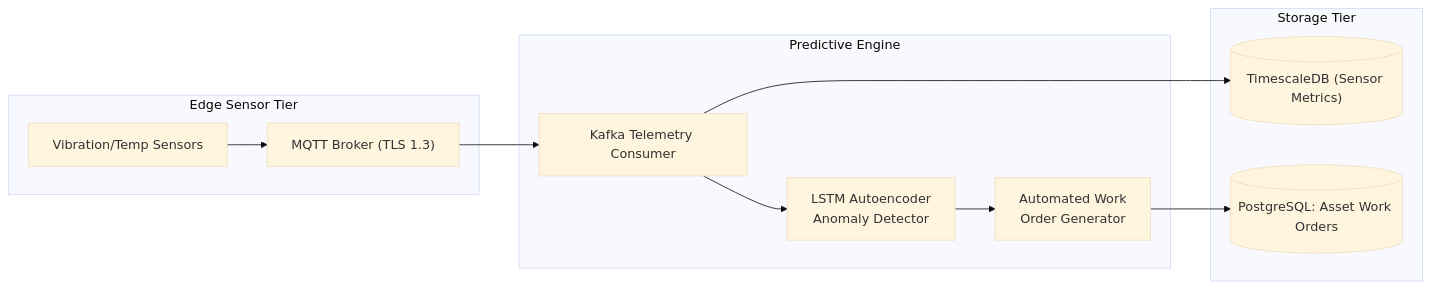
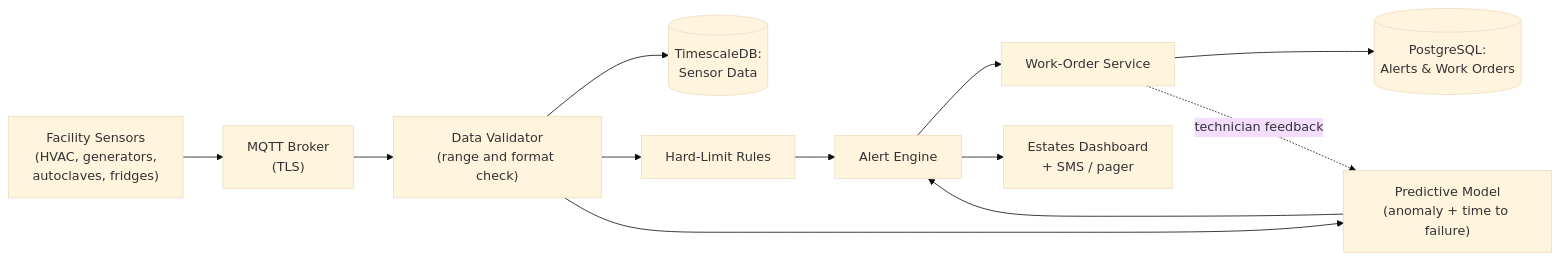
The second of 4 diagrams in 03 - Part 2 - SQA & Architectural Blocks (Individual)/2.1 - Architectural Blocks & Data Structures Guide.md (moenguyenx/COMP1833-SoftwareQualityManagement), drawn with Mermaid (base theme) before and after one commit. The commit also changed other lines of this file and 8 other files, not shown here.

First line of the commit message:
Revise F1/F2 architectural blocks and align Part 1.1 diagrams

````diff
--- a/03 - Part 2 - SQA & Architectural Blocks (Individual)/2.1 - Architectural Blocks & Data Structures Guide.md
+++ b/03 - Part 2 - SQA & Architectural Blocks (Individual)/2.1 - Architectural Blocks & Data Structures Guide.md
@@ -101,19 +131,12 @@
 ```mermaid
 flowchart LR
-    subgraph Edge ["Edge Sensor Tier"]
-        Sensor["Vibration/Temp Sensors"] --> MQTT["MQTT Broker (TLS 1.3)"]
-    end
-    subgraph Processor ["Predictive Engine"]
-        StreamConsumer["Kafka Telemetry Consumer"]
-        AnomalyDetector["LSTM Autoencoder\nAnomaly Detector"]
-        AlertDispatcher["Automated Work\nOrder Generator"]
-    end
-    subgraph Storage ["Storage Tier"]
-        TSDB[("TimescaleDB (Sensor Metrics)")]
-        CMMS[("PostgreSQL: Asset Work Orders")]
-    end
-
-    MQTT --> StreamConsumer --> AnomalyDetector --> AlertDispatcher
-    StreamConsumer --> TSDB
-    AlertDispatcher --> CMMS
+    Sensors["Facility Sensors<br/>(HVAC, generators,<br/>autoclaves, fridges)"] --> MQTT["MQTT Broker<br/>(TLS)"] --> Val["Data Validator<br/>(range and format check)"]
+    Val --> TS[("TimescaleDB:<br/>Sensor Data")]
+    Val --> Rules["Hard-Limit Rules"]
+    Val --> Model["Predictive Model<br/>(anomaly + time to failure)"]
+    Rules --> Alert["Alert Engine"]
+    Model --> Alert
+    Alert --> WO["Work-Order Service"] --> DB[("PostgreSQL:<br/>Alerts & Work Orders")]
+    Alert --> Dash["Estates Dashboard<br/>+ SMS / pager"]
+    WO -.->|technician feedback| Model
 ```
````
